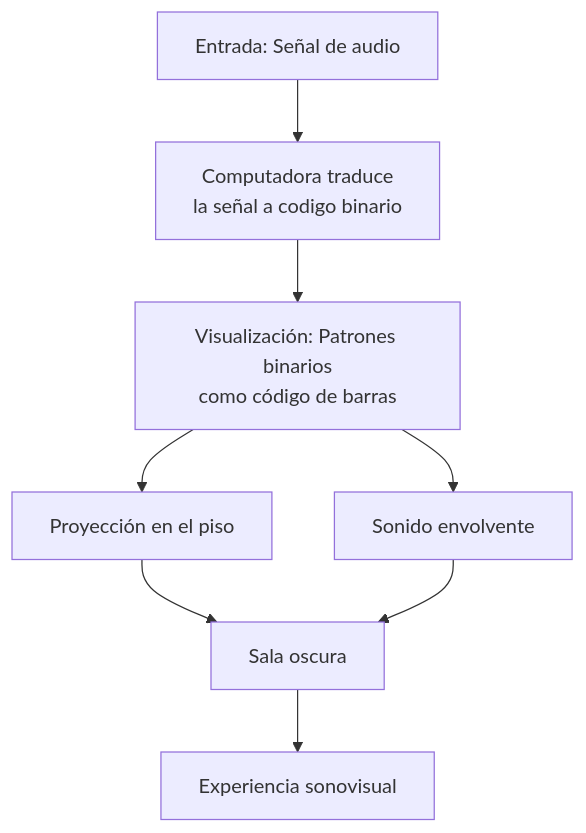
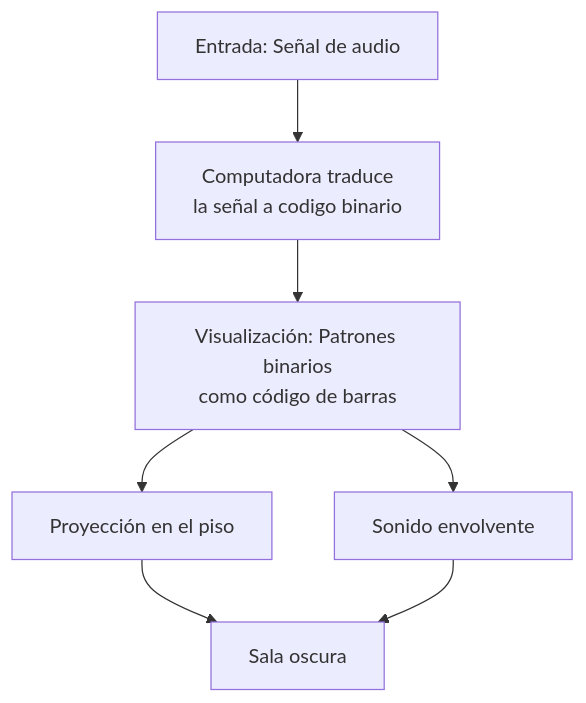
The diagram in 01-proj/25/Tomas Fernandez/Sin título.md (Sybil01/cym), drawn with Mermaid before and after one commit. The commit also changed other lines of this file and 1 other file, not shown here.

````diff
--- a/01-proj/25/Tomas Fernandez/Sin título.md
+++ b/01-proj/25/Tomas Fernandez/Sin título.md
@@ -1,14 +58,13 @@
 ```mermaid
 flowchart TD
     A[Entrada: Señal de audio] --> B[Computadora traduce<br/> la señal a codigo binario]
     
     B --> C[Visualización: Patrones binarios<br/>como código de barras]
     
     C --> E[Proyección en el piso]
     C --> F[Sonido envolvente]
     E --> g
     F --> g
     g[Sala oscura]
     
-    g --> I[Experiencia sonovisual]
 ```
````
